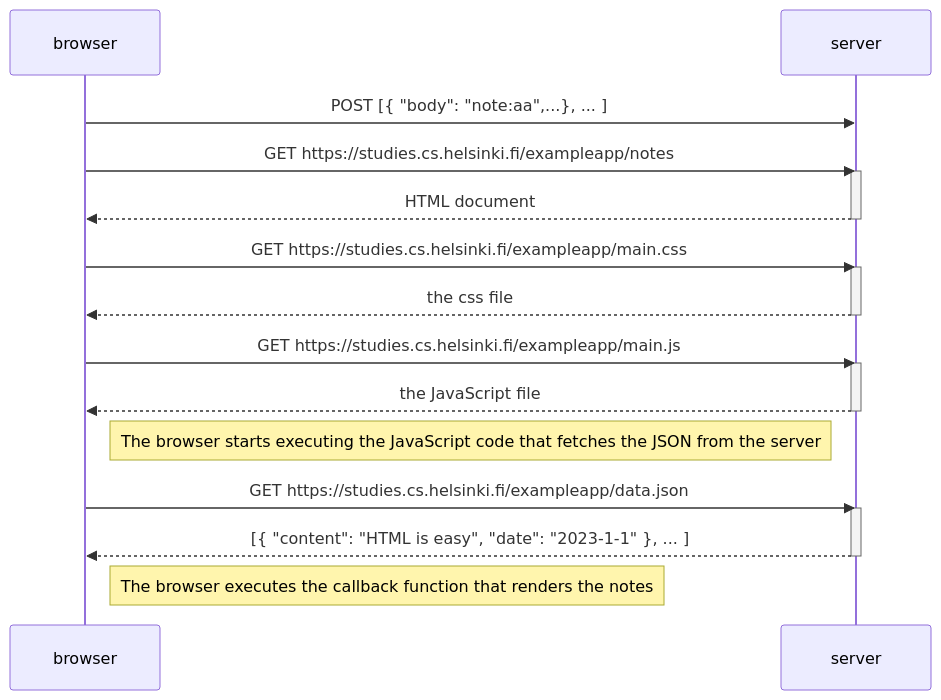
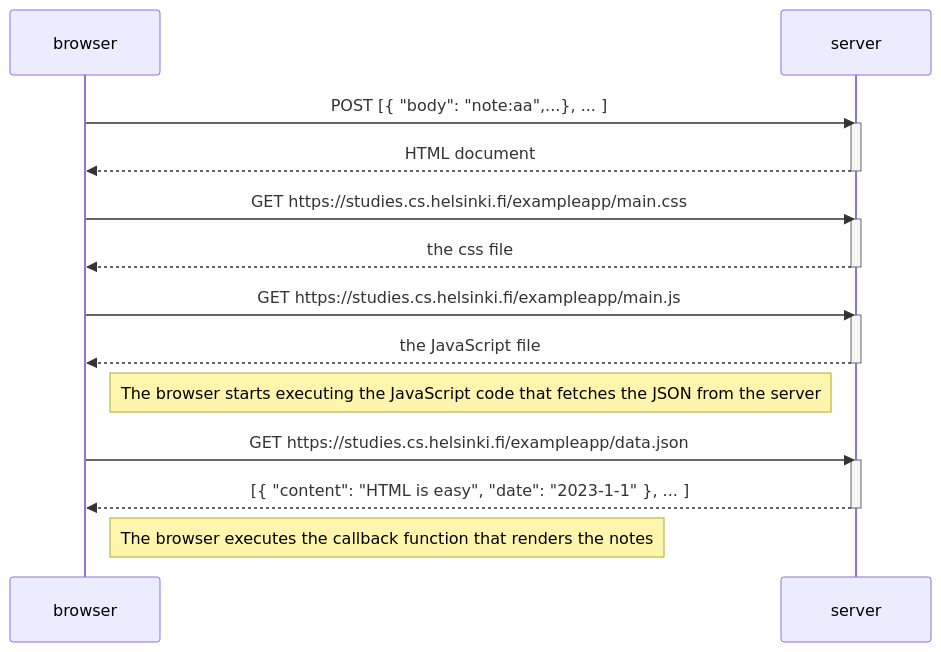
One commit to gianPerissutti/my-submissions changed the diagram in part0/0.4: New note diagram.md. Above: the diagram before and after it, drawn with Mermaid.

Commit message:
Update 0.4: New note diagram.md

````diff
--- a/part0/0.4: New note diagram.md
+++ b/part0/0.4: New note diagram.md
@@ -1,29 +1,28 @@
 ```mermaid
 sequenceDiagram
     participant browser
     participant server
     browser->>server: POST [{ "body": "note:aa",...}, ... ]
-    browser->>server: GET https://studies.cs.helsinki.fi/exampleapp/notes
     activate server
     server-->>browser: HTML document
     deactivate server
 
     browser->>server: GET https://studies.cs.helsinki.fi/exampleapp/main.css
     activate server
     server-->>browser: the css file
     deactivate server
 
     browser->>server: GET https://studies.cs.helsinki.fi/exampleapp/main.js
     activate server
     server-->>browser: the JavaScript file
     deactivate server
 
     Note right of browser: The browser starts executing the JavaScript code that fetches the JSON from the server
 
     browser->>server: GET https://studies.cs.helsinki.fi/exampleapp/data.json
     activate server
     server-->>browser: [{ "content": "HTML is easy", "date": "2023-1-1" }, ... ]
     deactivate server
 
     Note right of browser: The browser executes the callback function that renders the notes
 ```
````
